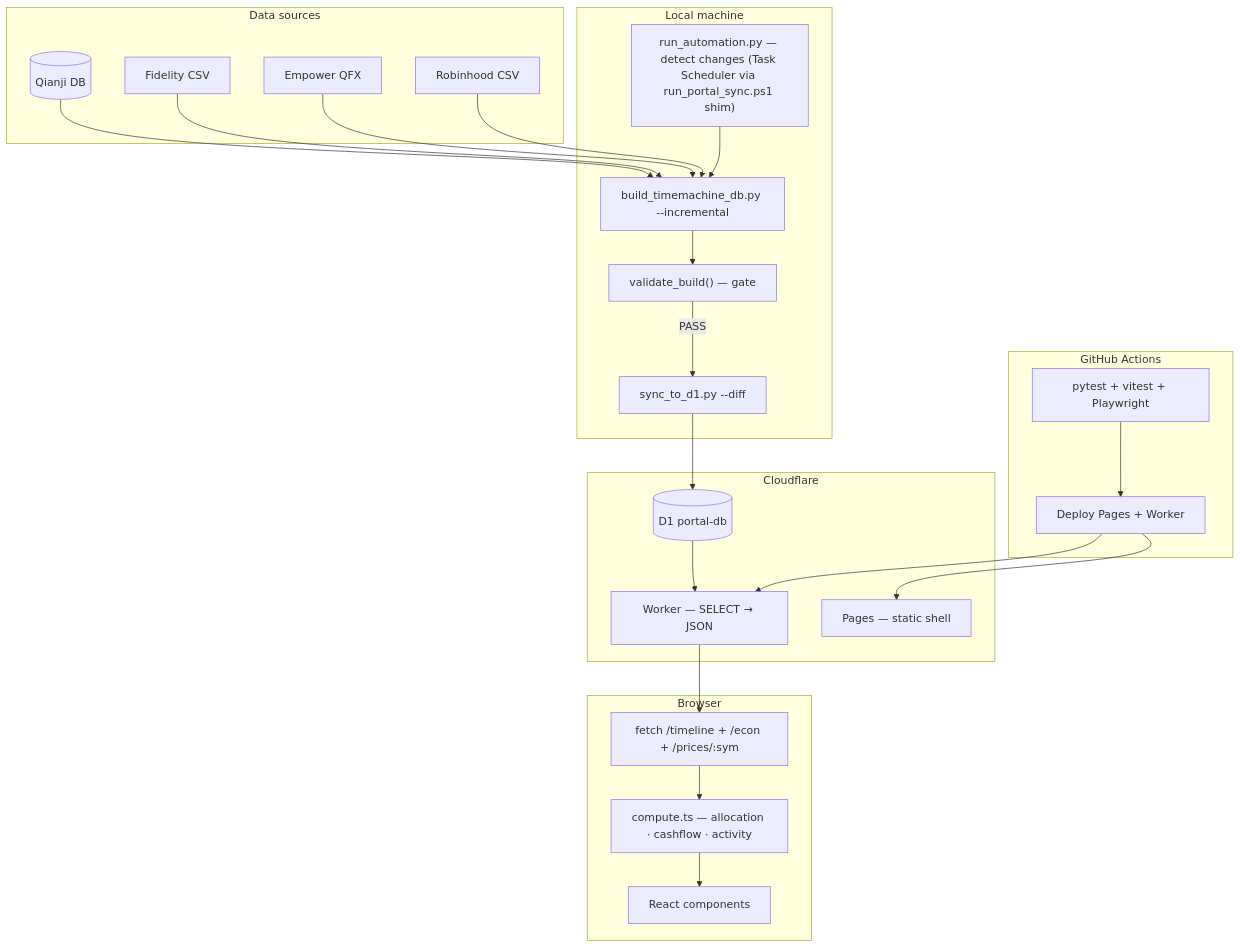
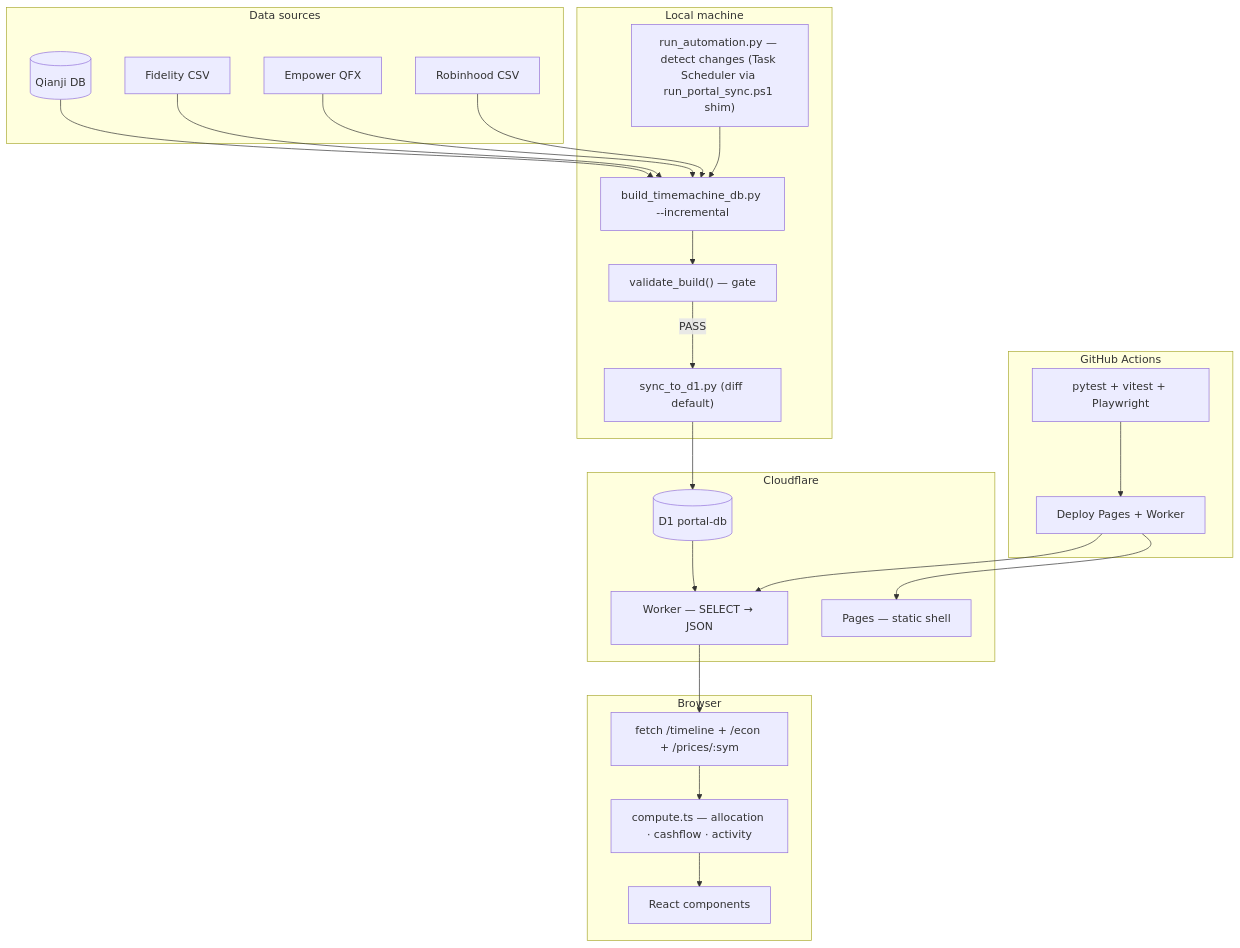
The diagram in docs/ARCHITECTURE.md (Guoyuer/portal), drawn with Mermaid before and after one commit. The commit also changed 4 other files, not shown here.

````diff
--- a/docs/ARCHITECTURE.md
+++ b/docs/ARCHITECTURE.md
@@ -7,39 +7,39 @@
 ```mermaid
 graph TB
     subgraph Local["Local machine"]
         DETECT["run_automation.py — detect changes (Task Scheduler via run_portal_sync.ps1 shim)"]
         BUILD["build_timemachine_db.py --incremental"]
         VALIDATE["validate_build() — gate"]
-        DIFF["sync_to_d1.py --diff"]
+        DIFF["sync_to_d1.py (diff default)"]
     end
 
     subgraph Sources["Data sources"]
         QJ[(Qianji DB)]
         FID[Fidelity CSV]
         QFX[Empower QFX]
         RH[Robinhood CSV]
     end
 
     subgraph Cloud["Cloudflare"]
         D1[(D1 portal-db)]
         WORKER["Worker — SELECT → JSON"]
         PAGES["Pages — static shell"]
     end
 
     subgraph Frontend["Browser"]
         FETCH["fetch /timeline + /econ + /prices/:sym"]
         COMPUTE["compute.ts — allocation · cashflow · activity"]
         UI["React components"]
     end
 
     subgraph CI["GitHub Actions"]
         TEST["pytest + vitest + Playwright"]
         DEPLOY["Deploy Pages + Worker"]
     end
 
     QJ & FID & QFX & RH --> BUILD
     DETECT --> BUILD --> VALIDATE
     VALIDATE -->|PASS| DIFF --> D1
     D1 --> WORKER --> FETCH --> COMPUTE --> UI
     TEST --> DEPLOY --> PAGES & WORKER
 ```
````
